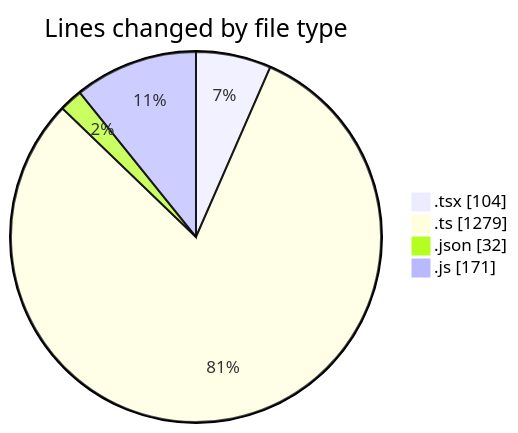
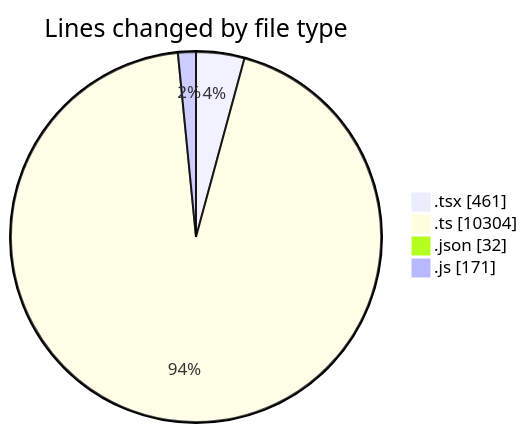
Before and after one commit to momahboobian/code-tracking: the first of 2 diagrams in 2026-07-22/cda/README.md, drawn with Mermaid. The commit also changed other lines of this file and 1 other file, not shown here.

````diff
--- a/2026-07-22/cda/README.md
+++ b/2026-07-22/cda/README.md
@@ -27,8 +29,8 @@
 ```mermaid
 pie showData
 title Lines changed by file type
-".tsx" : 104
-".ts" : 1279
+".tsx" : 461
+".ts" : 10304
 ".json" : 32
 ".js" : 171
 ```
````
